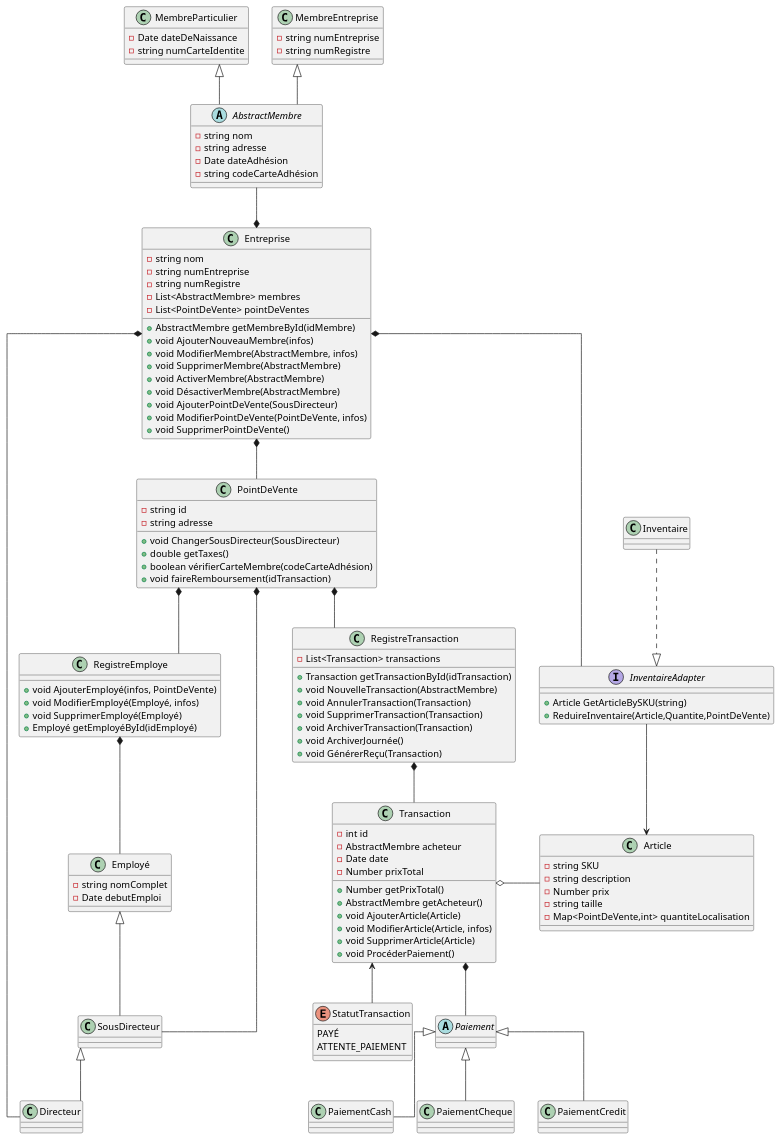
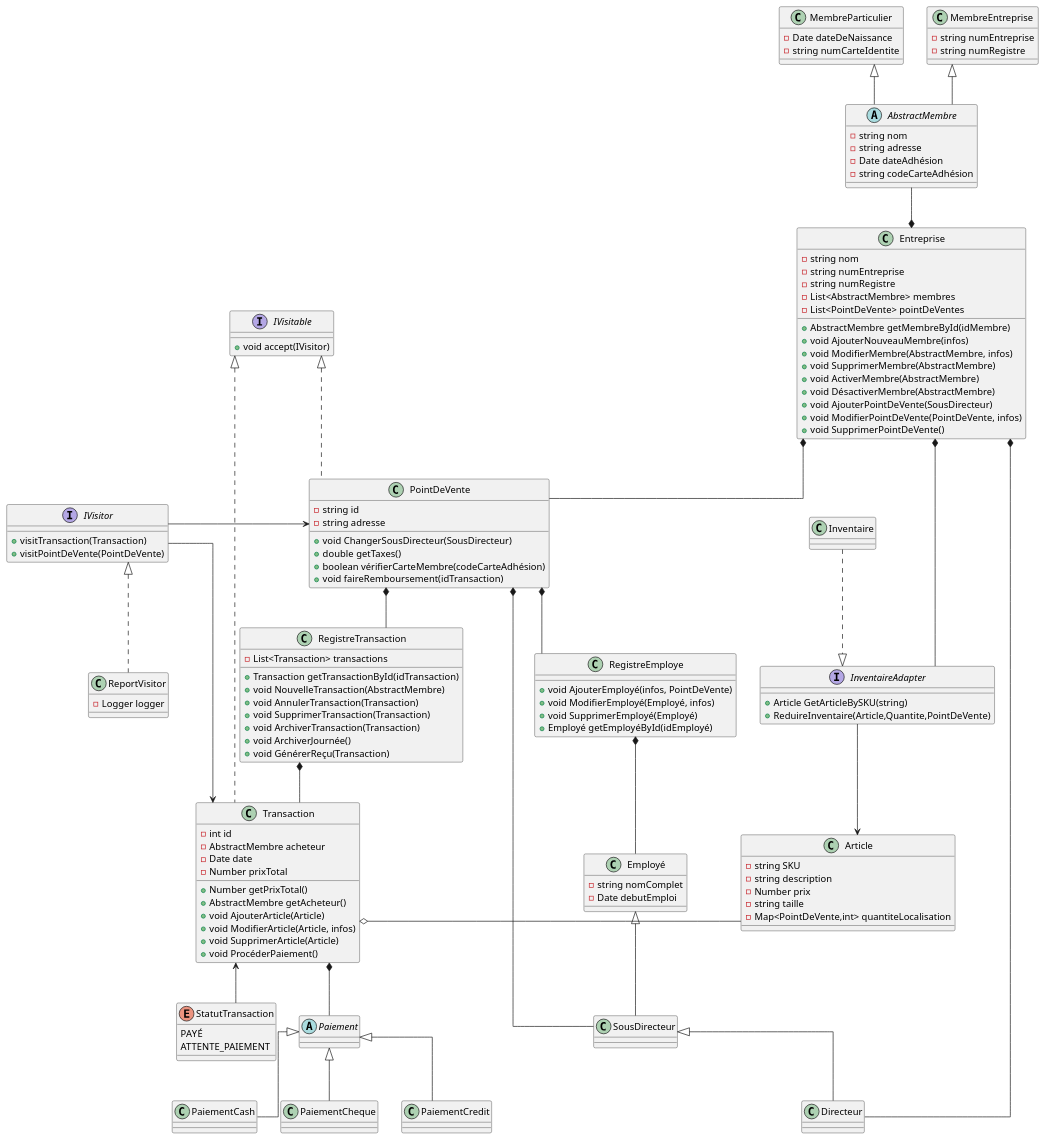
The diagram in diagram.puml (SamBolduc/INF1011-TP2), drawn with PlantUML before and after one commit. The commit also changed 1 other file, not shown here.

Commit message:
Add Single & Visitor

```diff
--- a/diagram.puml
+++ b/diagram.puml
@@ -1,149 +1,164 @@
 @startuml
 
 skinparam linetype ortho
 
 abstract class AbstractMembre {
 - string nom
 - string adresse
 - Date dateAdhésion
 - string codeCarteAdhésion
 }
 
 class MembreParticulier {
 - Date dateDeNaissance
 - string numCarteIdentite
 }
 
 class MembreEntreprise {
 - string numEntreprise
 - string numRegistre
 }
 
 class RegistreEmploye{
   + void AjouterEmployé(infos, PointDeVente)
   + void ModifierEmployé(Employé, infos)
   + void SupprimerEmployé(Employé)
   + Employé getEmployéById(idEmployé)
 }
 
+interface IVisitable {
++void accept(IVisitor)
+}
+
+interface IVisitor {
+    +visitTransaction(Transaction)
+    +visitPointDeVente(PointDeVente)
+}
+
+IVisitor -> PointDeVente
+IVisitor -> Transaction
+class ReportVisitor implements IVisitor {
+    -Logger logger
+}
+
 
 class Employé {
 - string nomComplet
 - Date debutEmploi
 }
 
 class SousDirecteur {
 
 }
 
 class Directeur {
 
 }
 
-class Transaction {
+class Transaction implements IVisitable{
 - int id
 - AbstractMembre acheteur
 - Date date
 - Number prixTotal
 + Number getPrixTotal()
 + AbstractMembre getAcheteur()
 + void AjouterArticle(Article)
 + void ModifierArticle(Article, infos)
 + void SupprimerArticle(Article)
 + void ProcéderPaiement()
 }
 
 class Article {
   - string SKU
   - string description
   - Number prix
   - string taille
   - Map<PointDeVente,int> quantiteLocalisation
 }
 
 class RegistreTransaction {
 - List<Transaction> transactions
 + Transaction getTransactionById(idTransaction)
 + void NouvelleTransaction(AbstractMembre)
 + void AnnulerTransaction(Transaction)
 + void SupprimerTransaction(Transaction)
 + void ArchiverTransaction(Transaction)
 + void ArchiverJournée()
 + void GénérerReçu(Transaction)
 }
 
 enum StatutTransaction{
 PAYÉ
 ATTENTE_PAIEMENT
 }
 
 class Entreprise {
 - string nom
 - string numEntreprise
 - string numRegistre
 - List<AbstractMembre> membres
 - List<PointDeVente> pointDeVentes
 + AbstractMembre getMembreById(idMembre)
 + void AjouterNouveauMembre(infos)
 + void ModifierMembre(AbstractMembre, infos)
 + void SupprimerMembre(AbstractMembre)
 + void ActiverMembre(AbstractMembre)
 + void DésactiverMembre(AbstractMembre)
 + void AjouterPointDeVente(SousDirecteur)
 + void ModifierPointDeVente(PointDeVente, infos)
 + void SupprimerPointDeVente()
 
 }
 
-class PointDeVente {
+class PointDeVente implements IVisitable{
   - string id
   - string adresse
   + void ChangerSousDirecteur(SousDirecteur)
   + double getTaxes()
   + boolean vérifierCarteMembre(codeCarteAdhésion)
   + void faireRemboursement(idTransaction)
 }
 
 interface InventaireAdapter {
   +Article GetArticleBySKU(string)
   +ReduireInventaire(Article,Quantite,PointDeVente)
 }
 
 class Inventaire
 
 Inventaire ..|> InventaireAdapter
 
 abstract class Paiement {}
 
 class PaiementCredit {}
 
 class PaiementCash {}
 
 class PaiementCheque {}
 
 Employé <|-- SousDirecteur
 SousDirecteur <|-- Directeur
 
 Paiement <|-- PaiementCredit
 Paiement <|-- PaiementCash
 Paiement <|-- PaiementCheque
 
 Entreprise *-- PointDeVente
 PointDeVente *-- RegistreEmploye
 Entreprise *--- InventaireAdapter
 InventaireAdapter --> Article
 Entreprise *-- Directeur
 PointDeVente *-- SousDirecteur
 RegistreEmploye *-- Employé
 PointDeVente *-- RegistreTransaction
 
 RegistreTransaction *-- Transaction
 Transaction <-- StatutTransaction
 Transaction *-- Paiement
 Transaction o- Article
 
 AbstractMembre --* Entreprise
 MembreParticulier<|-- AbstractMembre
 MembreEntreprise <|-- AbstractMembre
 
 @enduml
```
